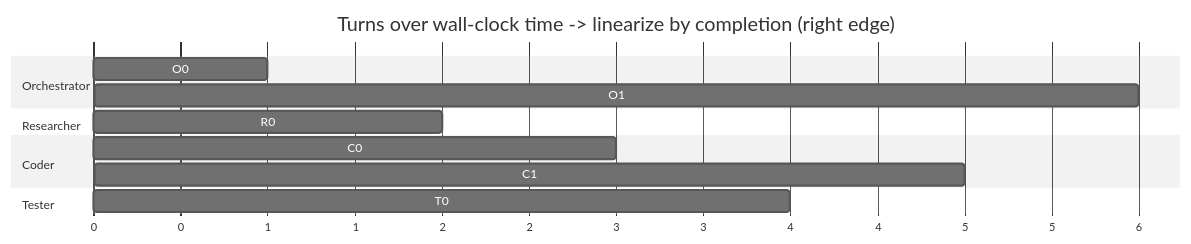
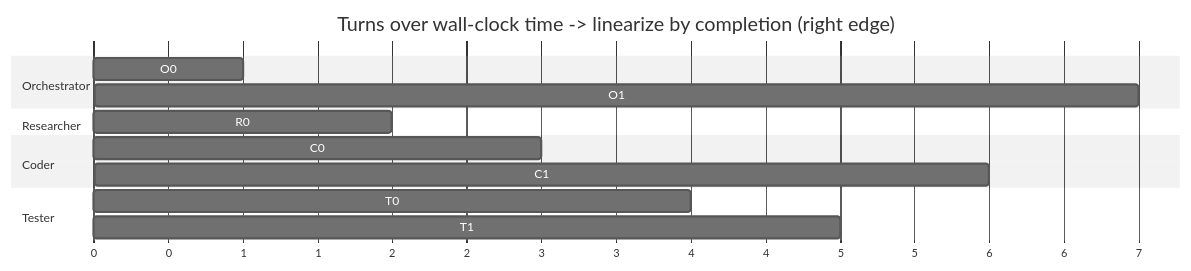
The second of 8 diagrams in customized_areal/tree_search/agents/README.md (ketsuzhou/areal-ci), drawn with Mermaid (neutral theme) before and after one commit. The commit also changed other lines of this file and 123 other files, not shown here.

````diff
--- a/customized_areal/tree_search/agents/README.md
+++ b/customized_areal/tree_search/agents/README.md
@@ -217,16 +220,17 @@
 ```mermaid
 gantt
     dateFormat X
     axisFormat %s
     title Turns over wall-clock time -> linearize by completion (right edge)
     section Orchestrator
         O0 : 0, 1
-        O1 : 5, 6
+        O1 : 6, 7
     section Researcher
         R0 : 1, 2
     section Coder
         C0 : 1, 3
-        C1 : 4, 5
+        C1 : 5, 6
     section Tester
         T0 : 3, 4
+        T1 : 3, 5
 ```
````
